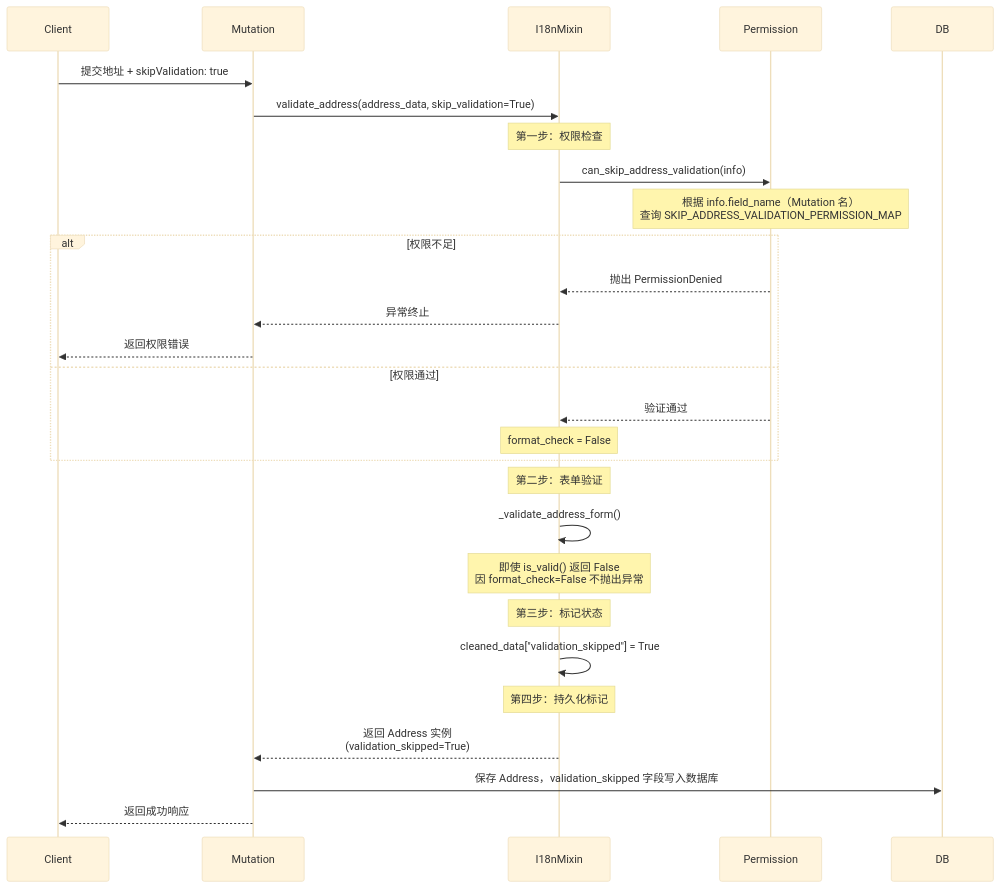
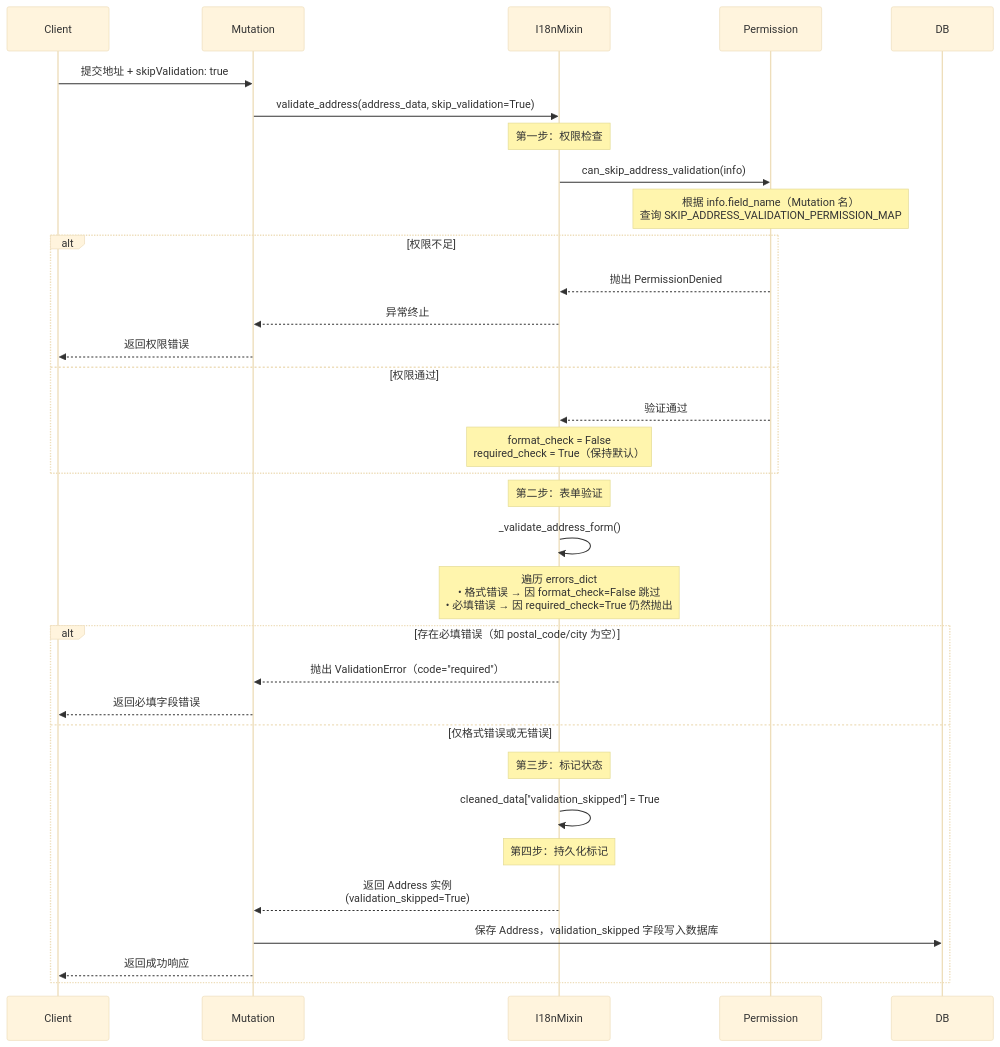
Before and after one commit to fangzhengmei/saleor: the fourth of 6 diagrams in shipping-zone-match.md, drawn with Mermaid (base theme). The commit also changed other lines of this file, not shown here.

Commit message:
129-2-3-4-5: unify i18n ownership and sequence semantics

````diff
--- a/shipping-zone-match.md
+++ b/shipping-zone-match.md
@@ -546,36 +547,41 @@
 ```mermaid
 sequenceDiagram
     participant Client
     participant Mutation
     participant I18nMixin
     participant Permission
 
     Client->>Mutation: 提交地址 + skipValidation: true
     Mutation->>I18nMixin: validate_address(address_data, skip_validation=True)
     
     Note over I18nMixin: 第一步：权限检查
     I18nMixin->>Permission: can_skip_address_validation(info)
     Note over Permission: 根据 info.field_name（Mutation 名）<br/>查询 SKIP_ADDRESS_VALIDATION_PERMISSION_MAP
     
     alt 权限不足
         Permission-->>I18nMixin: 抛出 PermissionDenied
         I18nMixin-->>Mutation: 异常终止
         Mutation-->>Client: 返回权限错误
     else 权限通过
         Permission-->>I18nMixin: 验证通过
-        Note over I18nMixin: format_check = False
+        Note over I18nMixin: format_check = False<br/>required_check = True（保持默认）
     end
     
     Note over I18nMixin: 第二步：表单验证
     I18nMixin->>I18nMixin: _validate_address_form()
-    Note over I18nMixin: 即使 is_valid() 返回 False<br/>因 format_check=False 不抛出异常
+    Note over I18nMixin: 遍历 errors_dict<br/>• 格式错误 → 因 format_check=False 跳过<br/>• 必填错误 → 因 required_check=True 仍然抛出
     
-    Note over I18nMixin: 第三步：标记状态
-    I18nMixin->>I18nMixin: cleaned_data["validation_skipped"] = True
-    
-    Note over I18nMixin: 第四步：持久化标记
-    I18nMixin-->>Mutation: 返回 Address 实例<br/>(validation_skipped=True)
-    
-    Mutation->>DB: 保存 Address，validation_skipped 字段写入数据库
-    Mutation-->>Client: 返回成功响应
+    alt 存在必填错误（如 postal_code/city 为空）
+        I18nMixin-->>Mutation: 抛出 ValidationError（code="required"）
+        Mutation-->>Client: 返回必填字段错误
+    else 仅格式错误或无错误
+        Note over I18nMixin: 第三步：标记状态
+        I18nMixin->>I18nMixin: cleaned_data["validation_skipped"] = True
+        
+        Note over I18nMixin: 第四步：持久化标记
+        I18nMixin-->>Mutation: 返回 Address 实例<br/>(validation_skipped=True)
+        
+        Mutation->>DB: 保存 Address，validation_skipped 字段写入数据库
+        Mutation-->>Client: 返回成功响应
+    end
 ```
````
